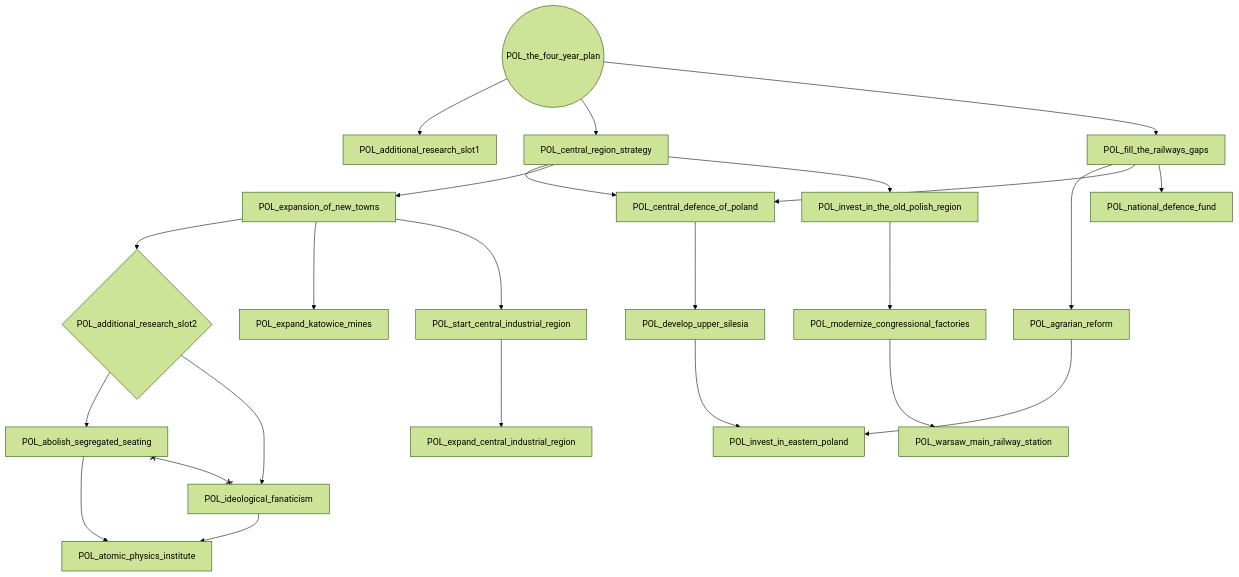
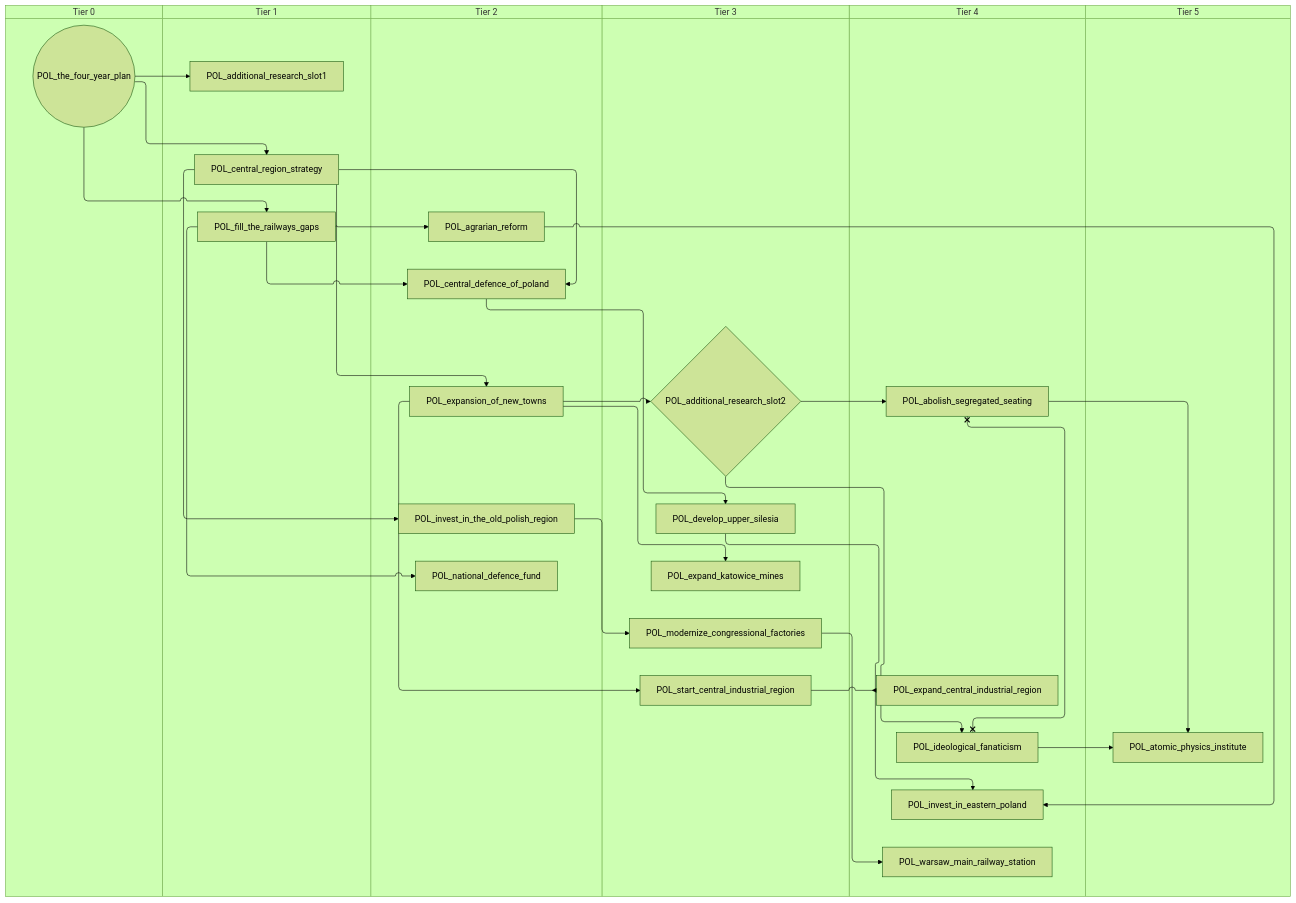
Diagram 12 of 12 in docs/gdd/National Focuses/poland.md (evgeny-sobol/hoi4-sandbox-mode), drawn with Mermaid (forest theme) before and after one commit. The commit also changed other lines of this file and 80 other files, not shown here.

First line of the commit message:
Add swimlane mode to focus graph exporter

````diff
--- a/docs/gdd/National Focuses/poland.md
+++ b/docs/gdd/National Focuses/poland.md
@@ -903,46 +1077,58 @@
 ```mermaid
-flowchart TD
-    n282["POL_abolish_segregated_seating"]
-    n283["POL_additional_research_slot1"]
-    n284{"POL_additional_research_slot2"}
-    n285["POL_agrarian_reform"]
-    n286["POL_atomic_physics_institute"]
-    n287["POL_central_defence_of_poland"]
-    n288["POL_central_region_strategy"]
-    n289["POL_develop_upper_silesia"]
-    n290["POL_expand_central_industrial_region"]
-    n291["POL_expand_katowice_mines"]
-    n292["POL_expansion_of_new_towns"]
-    n293["POL_fill_the_railways_gaps"]
-    n294["POL_ideological_fanaticism"]
-    n295["POL_invest_in_eastern_poland"]
-    n296["POL_invest_in_the_old_polish_region"]
-    n297["POL_modernize_congressional_factories"]
-    n298["POL_national_defence_fund"]
-    n299["POL_start_central_industrial_region"]
-    n300(("POL_the_four_year_plan"))
-    n301["POL_warsaw_main_railway_station"]
-    n284 --> n282
-    n300 --> n283
-    n292 --> n284
-    n293 --> n285
-    n294 --> n286
-    n282 --> n286
-    n293 --> n287
-    n288 --> n287
-    n300 --> n288
-    n287 --> n289
-    n299 --> n290
-    n292 --> n291
-    n288 --> n292
-    n300 --> n293
-    n284 --> n294
-    n285 --> n295
-    n289 --> n295
-    n288 --> n296
-    n296 --> n297
-    n293 --> n298
+swimlane-beta TD
+    subgraph tier_0["Tier 0"]
+        n282(("POL_the_four_year_plan"))
+    end
+    subgraph tier_1["Tier 1"]
+        n283["POL_additional_research_slot1"]
+        n284["POL_central_region_strategy"]
+        n285["POL_fill_the_railways_gaps"]
+    end
+    subgraph tier_2["Tier 2"]
+        n286["POL_agrarian_reform"]
+        n287["POL_central_defence_of_poland"]
+        n288["POL_expansion_of_new_towns"]
+        n289["POL_invest_in_the_old_polish_region"]
+        n290["POL_national_defence_fund"]
+    end
+    subgraph tier_3["Tier 3"]
+        n291{"POL_additional_research_slot2"}
+        n292["POL_develop_upper_silesia"]
+        n293["POL_expand_katowice_mines"]
+        n294["POL_modernize_congressional_factories"]
+        n295["POL_start_central_industrial_region"]
+    end
+    subgraph tier_4["Tier 4"]
+        n296["POL_abolish_segregated_seating"]
+        n297["POL_expand_central_industrial_region"]
+        n298["POL_ideological_fanaticism"]
+        n299["POL_invest_in_eastern_poland"]
+        n300["POL_warsaw_main_railway_station"]
+    end
+    subgraph tier_5["Tier 5"]
+        n301["POL_atomic_physics_institute"]
+    end
+    n291 --> n296
+    n282 --> n283
+    n288 --> n291
+    n285 --> n286
+    n298 --> n301
+    n296 --> n301
+    n285 --> n287
+    n284 --> n287
+    n282 --> n284
+    n287 --> n292
+    n295 --> n297
+    n288 --> n293
+    n284 --> n288
+    n282 --> n285
+    n291 --> n298
+    n286 --> n299
     n292 --> n299
-    n297 --> n301
-    n282 x--x n294
+    n284 --> n289
+    n289 --> n294
+    n285 --> n290
+    n288 --> n295
+    n294 --> n300
+    n296 x--x n298
 ```
````
